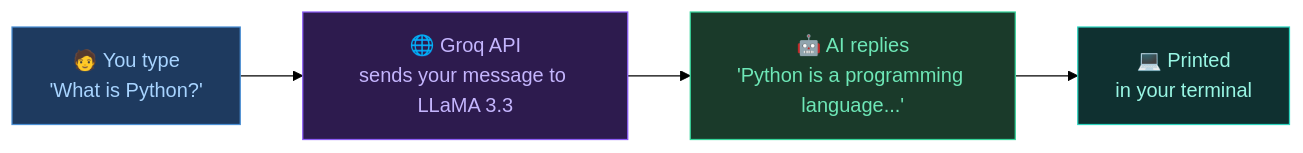
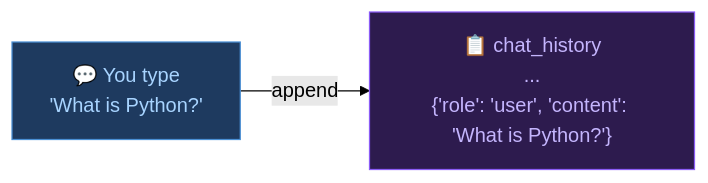
The third of 9 diagrams in README.md (abdulsamadxai/groq-chatbot-basic), drawn with Mermaid (forest theme) before and after one commit. The commit also changed other lines of this file, not shown here.

````diff
--- a/README.md
+++ b/README.md
@@ -28,9 +166,7 @@
 ```mermaid
 flowchart LR
-    A["🧑 You type\n'What is Python?'"]:::blue --> B["🌐 Groq API\nsends your message to LLaMA 3.3"]:::purple --> C["🤖 AI replies\n'Python is a programming language...'"]:::green --> D["💻 Printed\nin your terminal"]:::teal
+    A["💬 You type\n'What is Python?'"]:::blue -->|append| B["📋 chat_history\n...\n{'role': 'user', 'content': 'What is Python?'}"]:::purple
 
     classDef blue fill:#1e3a5f,stroke:#4a8fd4,color:#a8d4ff
     classDef purple fill:#2d1b4e,stroke:#8b5cf6,color:#c4b5fd
-    classDef green fill:#1a3a2a,stroke:#34d399,color:#6ee7b7
-    classDef teal fill:#0f3030,stroke:#2dd4bf,color:#99f6e4
 ```
````
